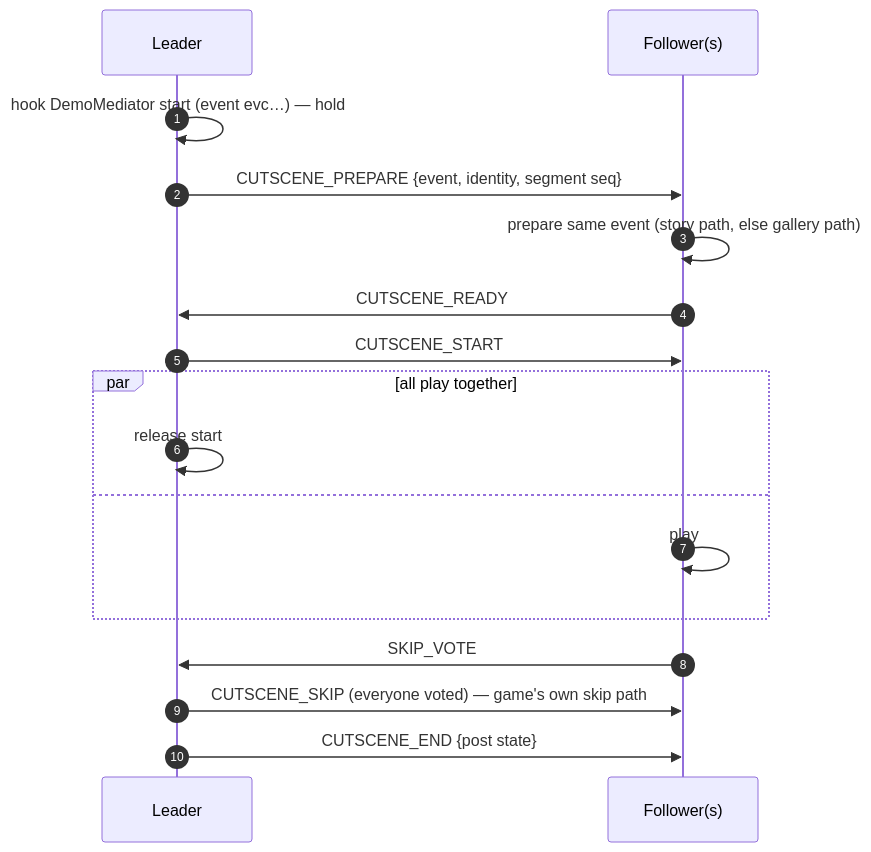
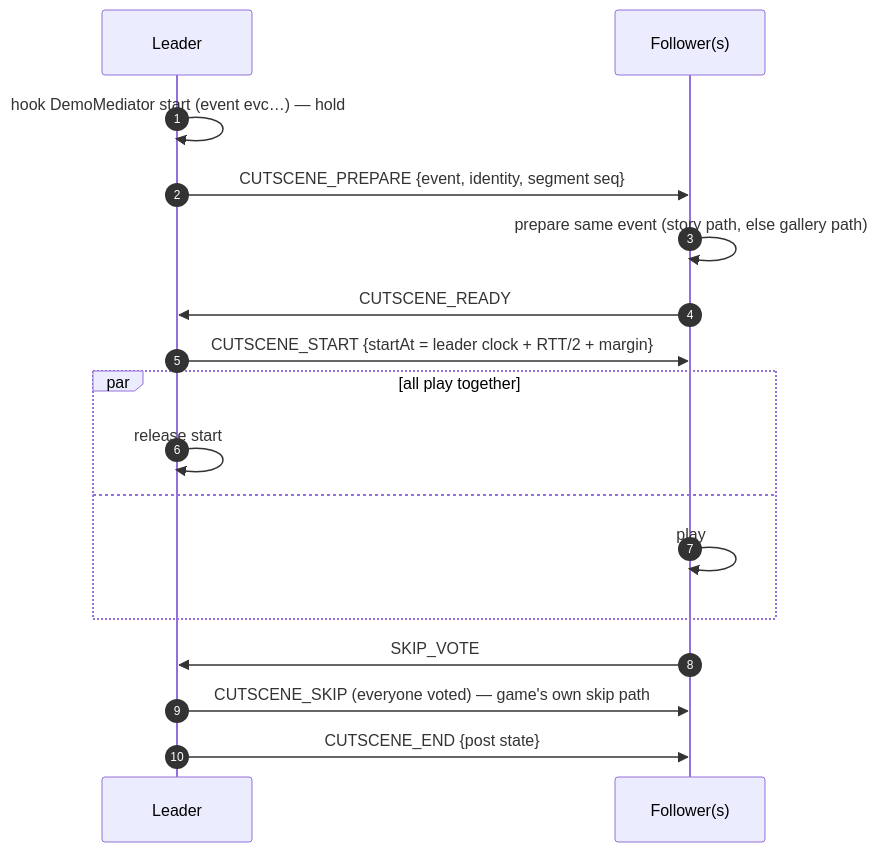
The fifth of 5 diagrams in docs/implementation-plan.md (Hunterjet/mhwilds-seamless-coop), drawn with Mermaid before and after one commit. The commit also changed other lines of this file and 7 other files, not shown here.

````diff
--- a/docs/implementation-plan.md
+++ b/docs/implementation-plan.md
@@ -249,19 +249,19 @@
 ```mermaid
 sequenceDiagram
   autonumber
   participant L as Leader
   participant F as Follower(s)
   L->>L: hook DemoMediator start (event evc…) — hold
   L->>F: CUTSCENE_PREPARE {event, identity, segment seq}
   F->>F: prepare same event (story path, else gallery path)
   F->>L: CUTSCENE_READY
-  L->>F: CUTSCENE_START
+  L->>F: CUTSCENE_START {startAt = leader clock + RTT/2 + margin}
   par all play together
     L->>L: release start
   and
     F->>F: play
   end
   F->>L: SKIP_VOTE
   L->>F: CUTSCENE_SKIP (everyone voted) — game's own skip path
   L->>F: CUTSCENE_END {post state}
 ```
````
